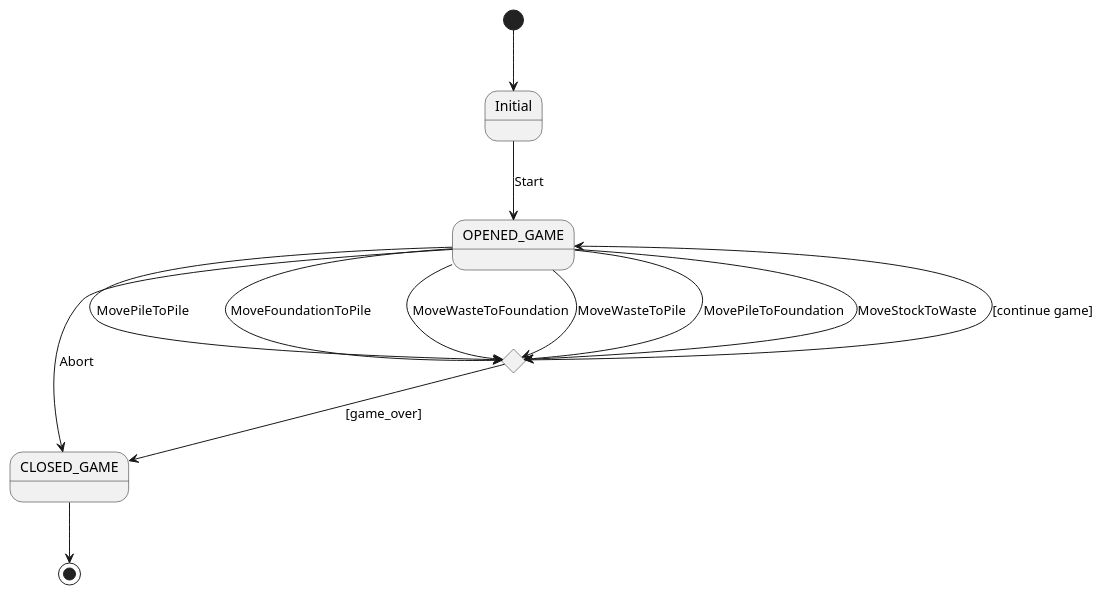
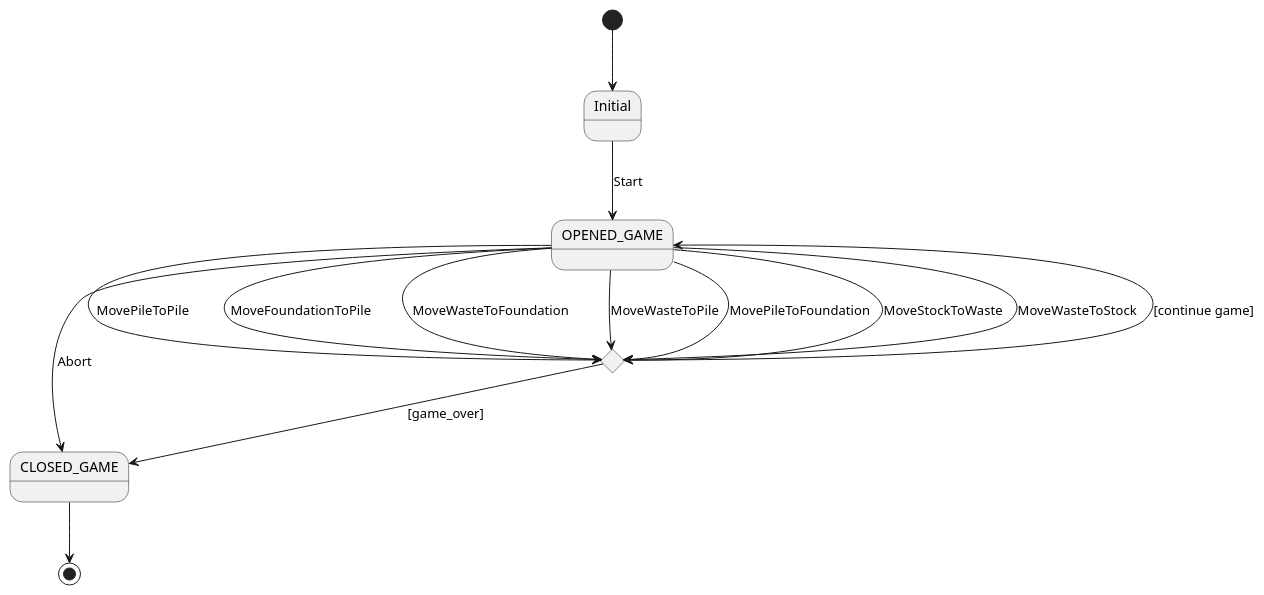
One commit to ciscoruiz/klondike changed the diagram in useCaseView/state-diagram.puml. Above: the diagram before and after it, drawn with PlantUML. The commit also changed 1 other file, not shown here.

Commit message:
Add usecase MoveWasteToStock

```diff
--- a/useCaseView/state-diagram.puml
+++ b/useCaseView/state-diagram.puml
@@ -1,19 +1,20 @@
 @startuml
 [*] --> Initial
 
 state game_over <<choice>>
 
 Initial --> OPENED_GAME : Start
 OPENED_GAME -> CLOSED_GAME : Abort
 OPENED_GAME -> game_over : MovePileToPile
 OPENED_GAME -> game_over : MoveFoundationToPile
 OPENED_GAME -> game_over : MoveWasteToFoundation
 OPENED_GAME -> game_over : MoveWasteToPile
 OPENED_GAME -> game_over : MovePileToFoundation
 OPENED_GAME -> game_over : MoveStockToWaste
+OPENED_GAME -> game_over : MoveWasteToStock
 
 game_over --> CLOSED_GAME : [game_over]
 game_over --> OPENED_GAME : [continue game]
 
 CLOSED_GAME --> [*]
 @enduml
```
